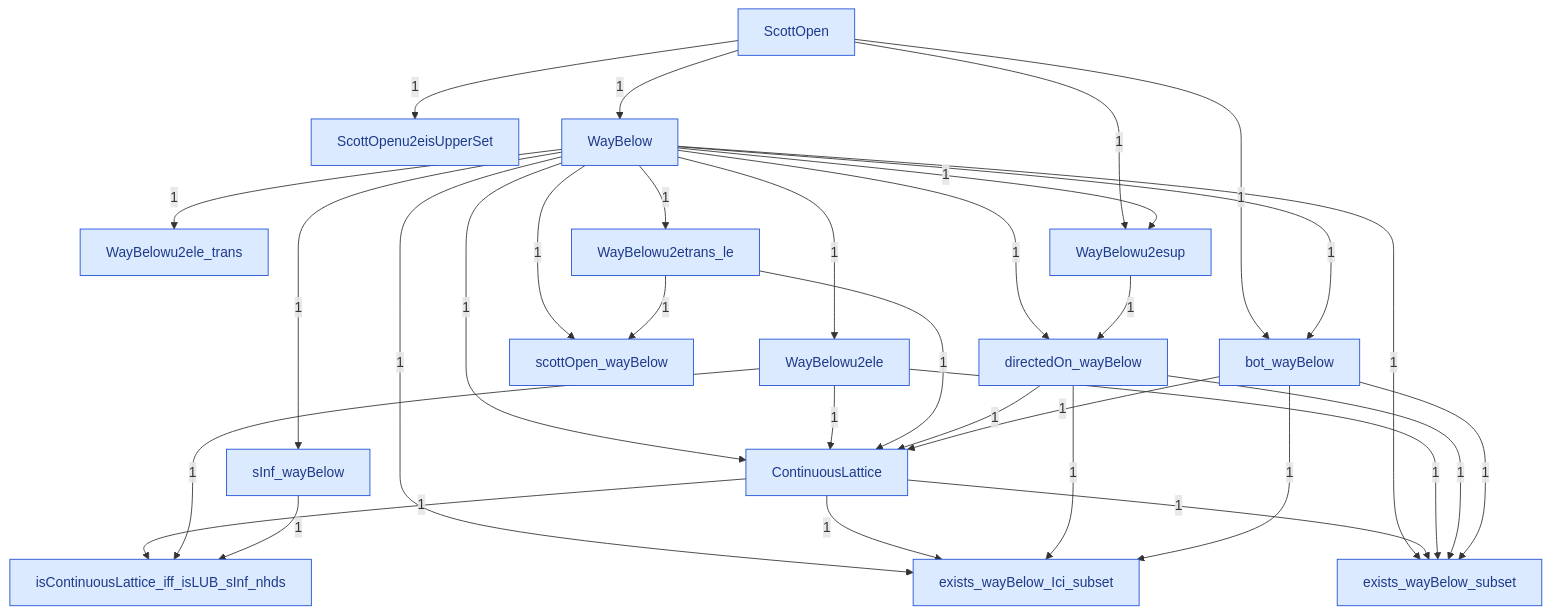
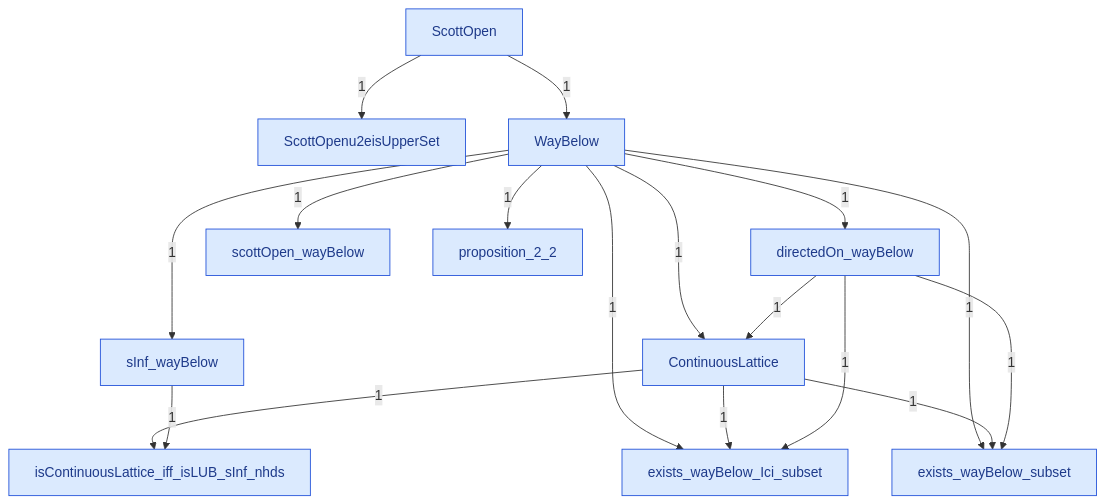
The diagram in DomainTheory/ContinuousLattice/WayBelow/WayBelow.mermaid (catskillsresearch/DomainTheory), drawn with Mermaid before and after one commit. The commit also changed 101 other files, not shown here.

First line of the commit message:
Name the way-below facts, and draw the chapter as one topic map.

```diff
--- a/DomainTheory/ContinuousLattice/WayBelow/WayBelow.mermaid
+++ b/DomainTheory/ContinuousLattice/WayBelow/WayBelow.mermaid
@@ -1,70 +1,47 @@
 %% Inside WayBelow. A box is one Lean file in this folder.
 %% A box named as another folder is that whole folder. A box named as another chapter is that whole chapter.
 %% The arrowhead points at the file or folder that imports. The label is how many direct imports.
 flowchart TB
   N0["ScottOpen"]
   N1["ScottOpenu2eisUpperSet"]
   N2["WayBelow"]
   N4["ContinuousLattice"]
-  N5["WayBelowu2ele"]
-  N6["WayBelowu2ele_trans"]
-  N7["WayBelowu2etrans_le"]
   N8["sInf_wayBelow"]
   N9["isContinuousLattice_iff_isLUB_sInf_nhds"]
-  N11["WayBelowu2esup"]
   N12["directedOn_wayBelow"]
-  N15["bot_wayBelow"]
   N16["exists_wayBelow_Ici_subset"]
   N17["exists_wayBelow_subset"]
   N18["scottOpen_wayBelow"]
+  N19["proposition_2_2"]
 
   N0 -->|"1"| N1
   N0 -->|"1"| N2
   N2 -->|"1"| N4
-  N5 -->|"1"| N4
-  N7 -->|"1"| N4
   N12 -->|"1"| N4
-  N15 -->|"1"| N4
-  N2 -->|"1"| N5
-  N2 -->|"1"| N6
-  N2 -->|"1"| N7
   N2 -->|"1"| N8
   N4 -->|"1"| N9
-  N5 -->|"1"| N9
   N8 -->|"1"| N9
-  N0 -->|"1"| N11
-  N2 -->|"1"| N11
   N2 -->|"1"| N12
-  N11 -->|"1"| N12
-  N0 -->|"1"| N15
-  N2 -->|"1"| N15
   N2 -->|"1"| N16
   N4 -->|"1"| N16
   N12 -->|"1"| N16
-  N15 -->|"1"| N16
   N2 -->|"1"| N17
   N4 -->|"1"| N17
-  N5 -->|"1"| N17
   N12 -->|"1"| N17
-  N15 -->|"1"| N17
   N2 -->|"1"| N18
-  N7 -->|"1"| N18
+  N2 -->|"1"| N19
 
   classDef file fill:#dbeafe,stroke:#1d4ed8,color:#1e3a8a
   classDef ext fill:#f3f4f6,stroke:#374151,color:#111827
 
   class N0 file
   class N1 file
   class N2 file
   class N4 file
-  class N5 file
-  class N6 file
-  class N7 file
   class N8 file
   class N9 file
-  class N11 file
   class N12 file
-  class N15 file
   class N16 file
   class N17 file
   class N18 file
+  class N19 file
```
